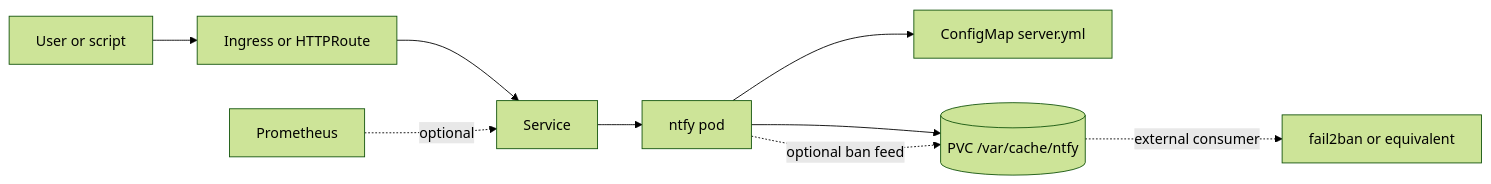
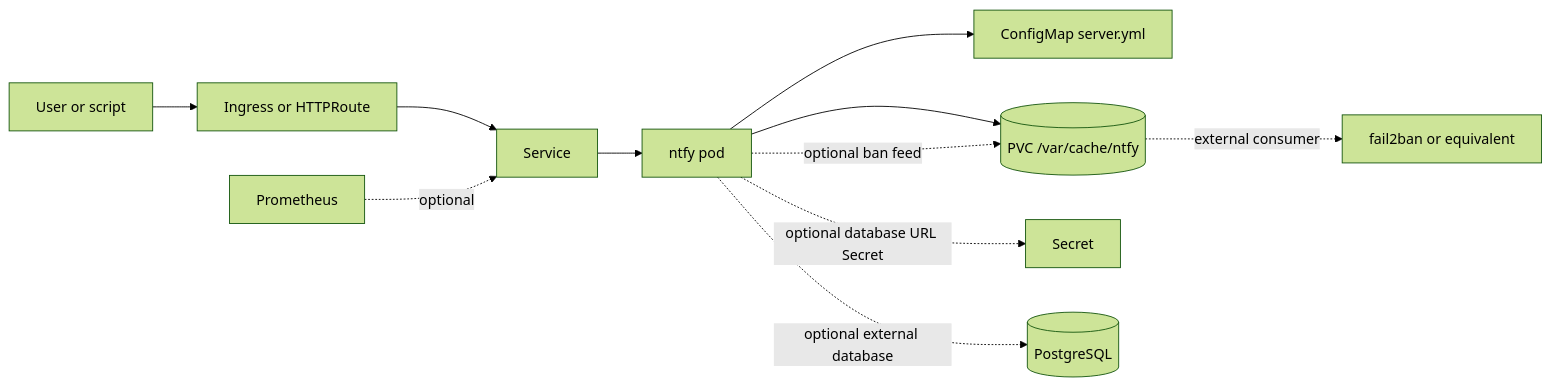
The diagram in charts/ntfy/DESIGN.md (helmforgedev/charts), drawn with Mermaid (forest theme) before and after one commit. The commit also changed other lines of this file and 13 other files, not shown here.

Commit message:
fix(ntfy): support PostgreSQL database secrets

````diff
--- a/charts/ntfy/DESIGN.md
+++ b/charts/ntfy/DESIGN.md
@@ -17,11 +17,13 @@
 ```mermaid
 flowchart LR
   user[User or script] --> route[Ingress or HTTPRoute]
   route --> svc[Service]
   svc --> pod[ntfy pod]
   pod --> cfg[ConfigMap server.yml]
   pod --> pvc[(PVC /var/cache/ntfy)]
+  pod -. optional database URL Secret .-> secret[Secret]
+  pod -. optional external database .-> postgres[(PostgreSQL)]
   pod -. optional ban feed .-> pvc
   pvc -. external consumer .-> ban[fail2ban or equivalent]
   prom[Prometheus] -. optional .-> svc
 ```
````
